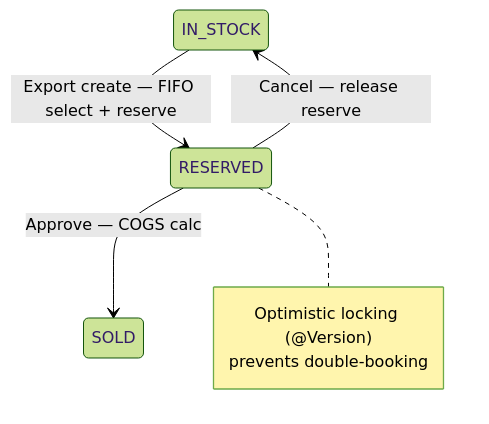
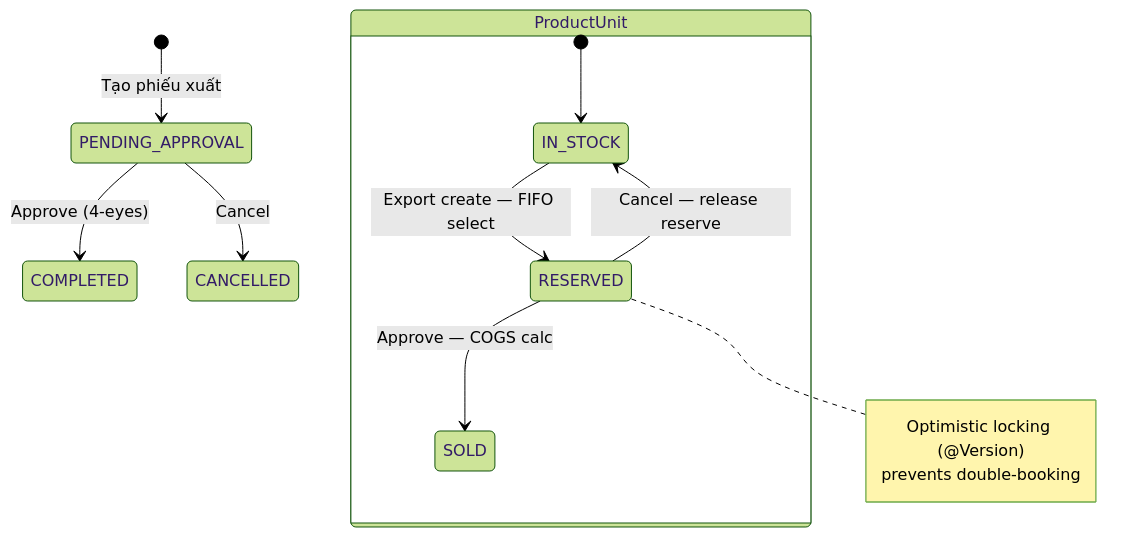
One commit to Java-Inventory-Management-System/Projects changed the first of 2 diagrams in docs/flows/be/02-export-flow.md. Above: the diagram before and after it, drawn with Mermaid (forest theme). The commit also changed 7 other files, not shown here.

Commit message:
docs: reorganise BE state diagrams — add [*] start/end, fix warranty lifecycle, composite layout

````diff
--- a/docs/flows/be/02-export-flow.md
+++ b/docs/flows/be/02-export-flow.md
@@ -36,8 +36,16 @@
 ```mermaid
 stateDiagram-v2
-    IN_STOCK --> RESERVED : Export create — FIFO select + reserve
-    RESERVED --> SOLD : Approve — COGS calc
-    RESERVED --> IN_STOCK : Cancel — release reserve
+    [*] --> PENDING_APPROVAL : Tạo phiếu xuất
+
+    PENDING_APPROVAL --> COMPLETED : Approve (4-eyes)
+    PENDING_APPROVAL --> CANCELLED : Cancel
+
+    state "ProductUnit" as PU {
+        [*] --> IN_STOCK
+        IN_STOCK --> RESERVED : Export create — FIFO select
+        RESERVED --> SOLD : Approve — COGS calc
+        RESERVED --> IN_STOCK : Cancel — release reserve
+    }
 
     note right of RESERVED : Optimistic locking (@Version)<br/>prevents double-booking
 ```
````
